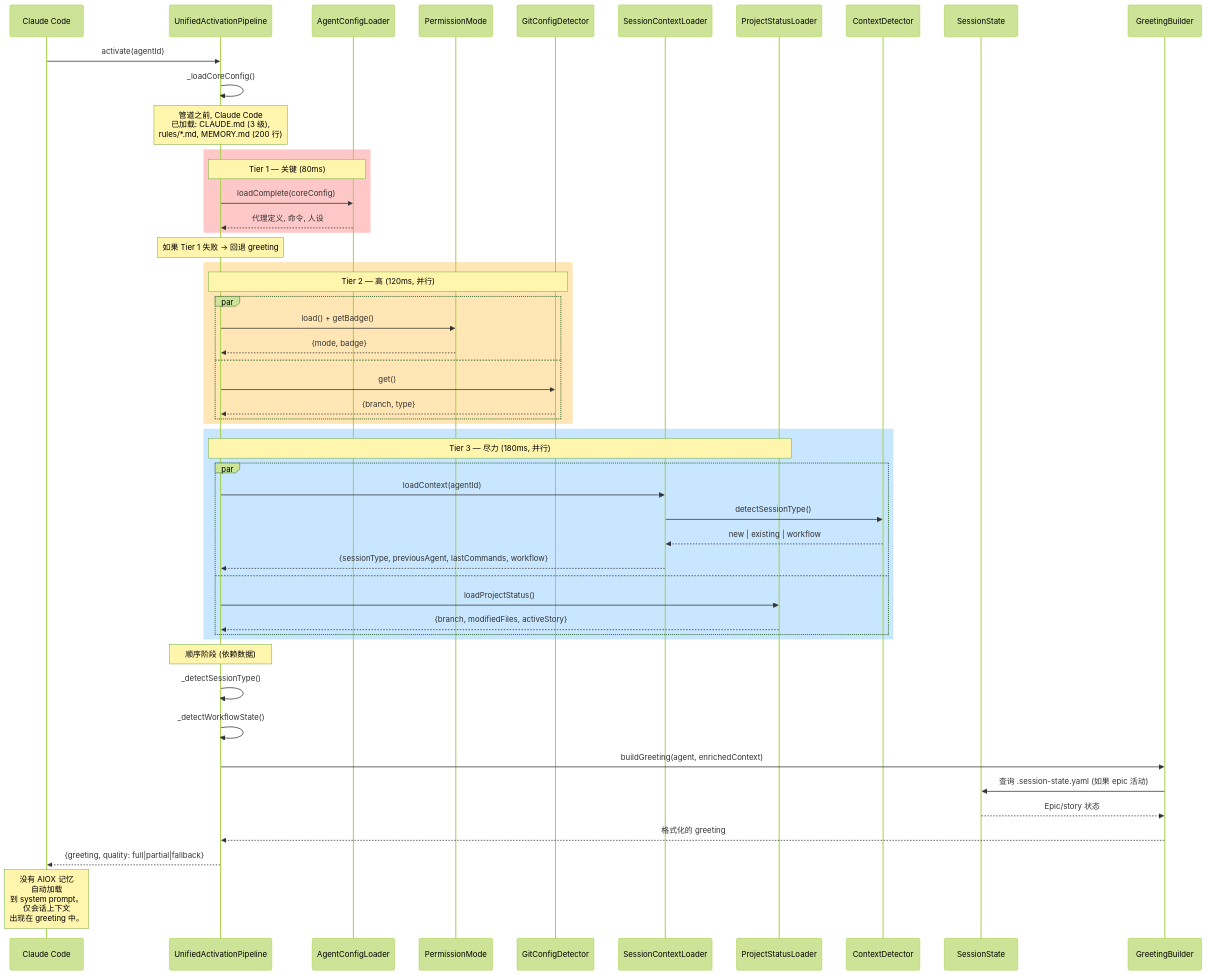
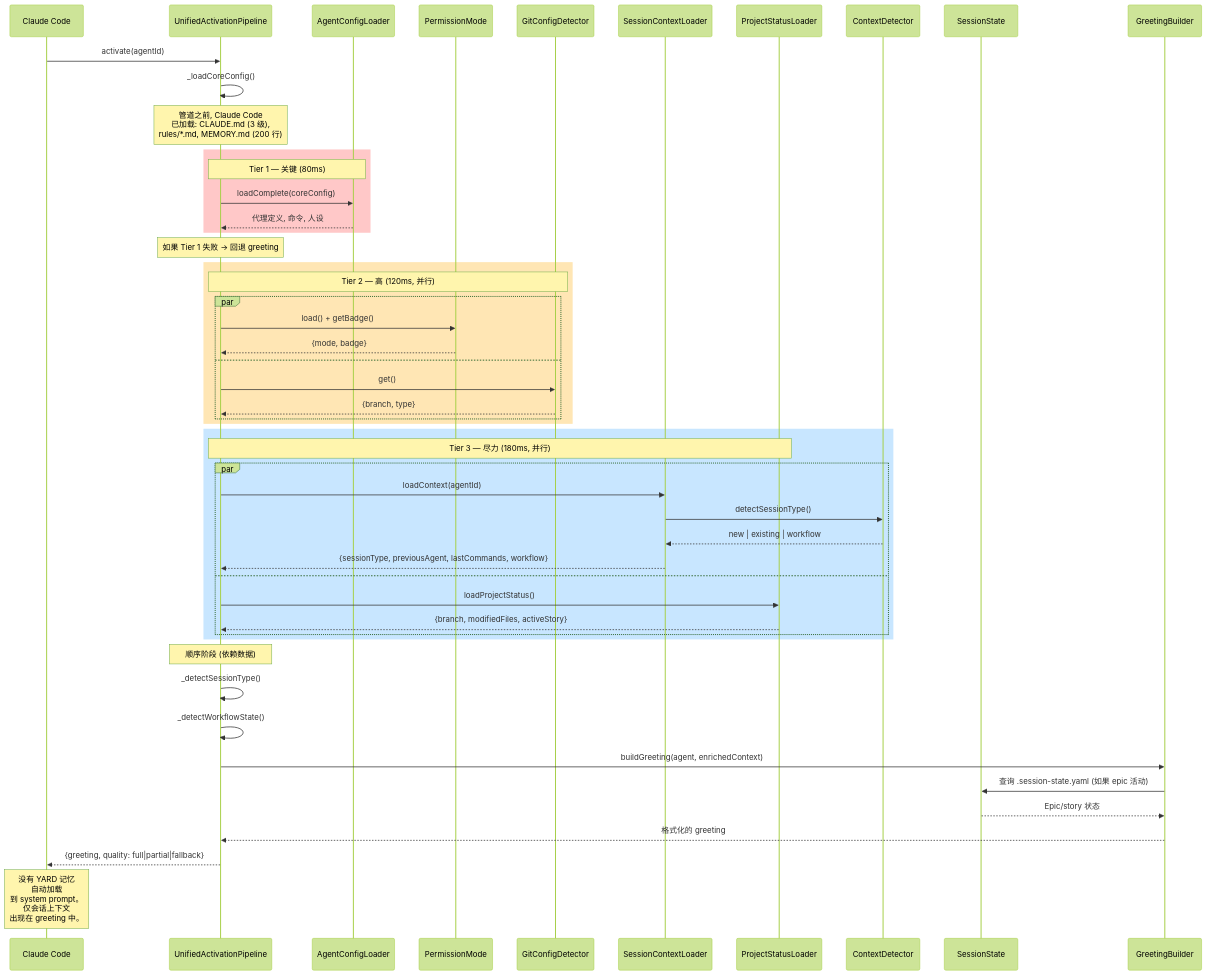
Before and after one commit to ernesto-langa/yard-core: the eighth of 18 diagrams in docs/zh/guides/MEMORY-SYSTEM.md, drawn with Mermaid (forest theme). The commit also changed other lines of this file and 529 other files, not shown here.

````diff
--- a/docs/zh/guides/MEMORY-SYSTEM.md
+++ b/docs/zh/guides/MEMORY-SYSTEM.md
@@ -368,64 +368,64 @@
 ```mermaid
 sequenceDiagram
     participant CC as Claude Code
     participant UAP as UnifiedActivationPipeline
     participant ACL as AgentConfigLoader
     participant PM as PermissionMode
     participant GCD as GitConfigDetector
     participant SCL as SessionContextLoader
     participant PSL as ProjectStatusLoader
     participant CD as ContextDetector
     participant SS as SessionState
     participant GB as GreetingBuilder
 
     CC->>UAP: activate(agentId)
     UAP->>UAP: _loadCoreConfig()
 
     Note over UAP: 管道之前, Claude Code<br/>已加载: CLAUDE.md (3 级),<br/>rules/*.md, MEMORY.md (200 行)
 
     rect rgb(255, 200, 200)
         Note over UAP,ACL: Tier 1 — 关键 (80ms)
         UAP->>ACL: loadComplete(coreConfig)
         ACL-->>UAP: 代理定义, 命令, 人设
     end
 
     Note over UAP: 如果 Tier 1 失败 → 回退 greeting
 
     rect rgb(255, 230, 180)
         Note over UAP,GCD: Tier 2 — 高 (120ms, 并行)
         par
             UAP->>PM: load() + getBadge()
             PM-->>UAP: {mode, badge}
         and
             UAP->>GCD: get()
             GCD-->>UAP: {branch, type}
         end
     end
 
     rect rgb(200, 230, 255)
         Note over UAP,PSL: Tier 3 — 尽力 (180ms, 并行)
         par
             UAP->>SCL: loadContext(agentId)
             SCL->>CD: detectSessionType()
             CD-->>SCL: new | existing | workflow
             SCL-->>UAP: {sessionType, previousAgent, lastCommands, workflow}
         and
             UAP->>PSL: loadProjectStatus()
             PSL-->>UAP: {branch, modifiedFiles, activeStory}
         end
     end
 
     Note over UAP: 顺序阶段 (依赖数据)
 
     UAP->>UAP: _detectSessionType()
     UAP->>UAP: _detectWorkflowState()
 
     UAP->>GB: buildGreeting(agent, enrichedContext)
     GB->>SS: 查询 .session-state.yaml (如果 epic 活动)
     SS-->>GB: Epic/story 状态
     GB-->>UAP: 格式化的 greeting
 
     UAP-->>CC: {greeting, quality: full|partial|fallback}
 
-    Note over CC: 没有 AIOX 记忆<br/>自动加载<br/>到 system prompt。<br/>仅会话上下文<br/>出现在 greeting 中。
+    Note over CC: 没有 YARD 记忆<br/>自动加载<br/>到 system prompt。<br/>仅会话上下文<br/>出现在 greeting 中。
 ```
````
